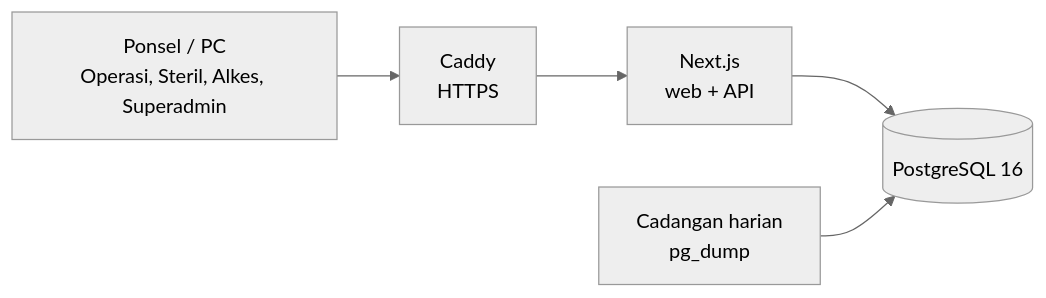
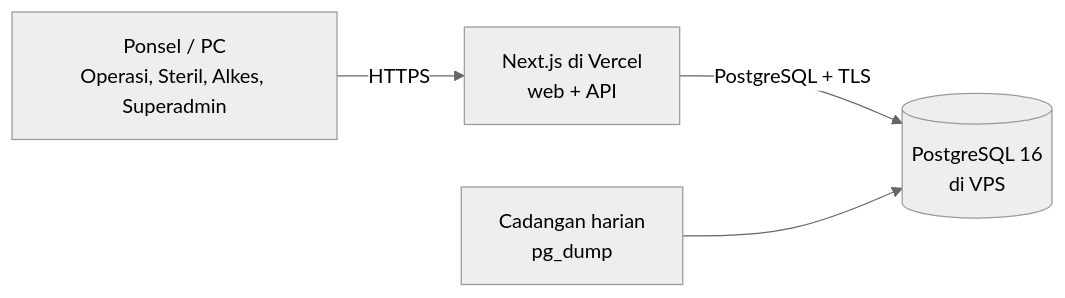
Before and after one commit to mferdinandr/inventory-management: the first of 3 diagrams in docs/04-technical-architecture.md, drawn with Mermaid (neutral theme). The commit also changed other lines of this file and 7 other files, not shown here.

Commit message:
docs: describe the Vercel plus VPS database deployment

````diff
--- a/docs/04-technical-architecture.md
+++ b/docs/04-technical-architecture.md
@@ -28,7 +28,6 @@
 ```mermaid
 flowchart LR
-    HP["Ponsel / PC<br/>Operasi, Steril, Alkes, Superadmin"] --> CADDY["Caddy<br/>HTTPS"]
-    CADDY --> APP["Next.js<br/>web + API"]
-    APP --> PG[("PostgreSQL 16")]
+    HP["Ponsel / PC<br/>Operasi, Steril, Alkes, Superadmin"] -->|HTTPS| APP["Next.js di Vercel<br/>web + API"]
+    APP -->|"PostgreSQL + TLS"| PG[("PostgreSQL 16<br/>di VPS")]
     BACKUP["Cadangan harian<br/>pg_dump"] --> PG
 ```
````
